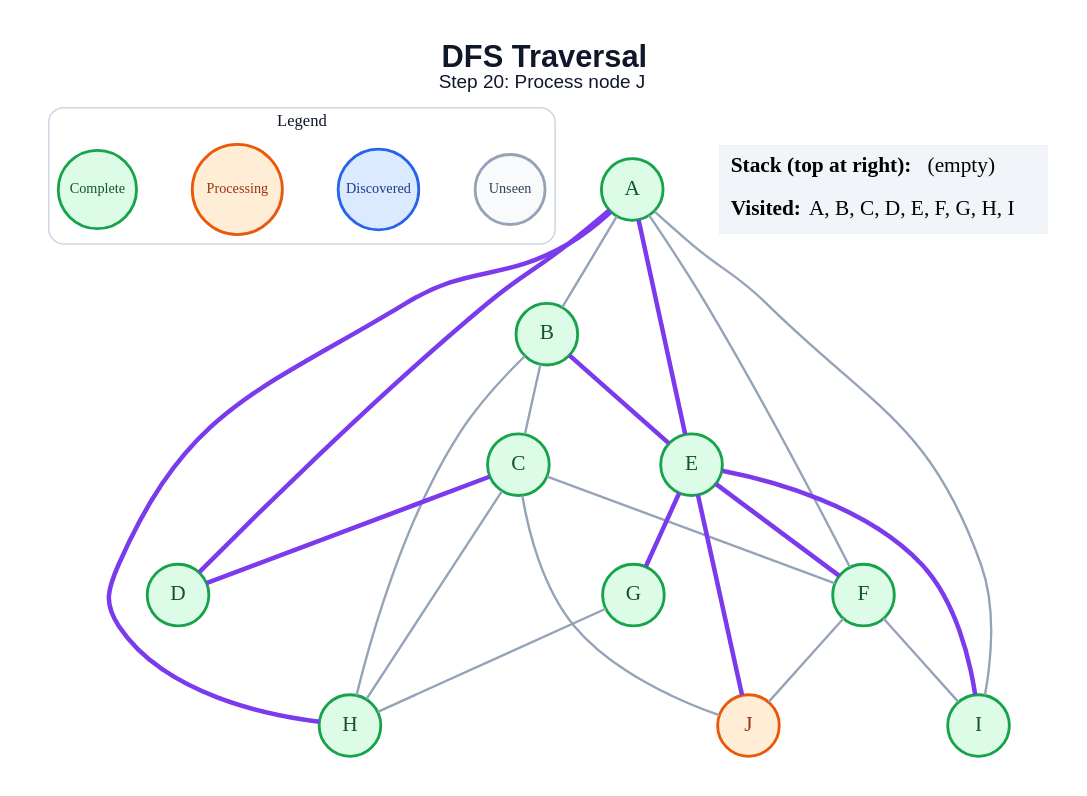
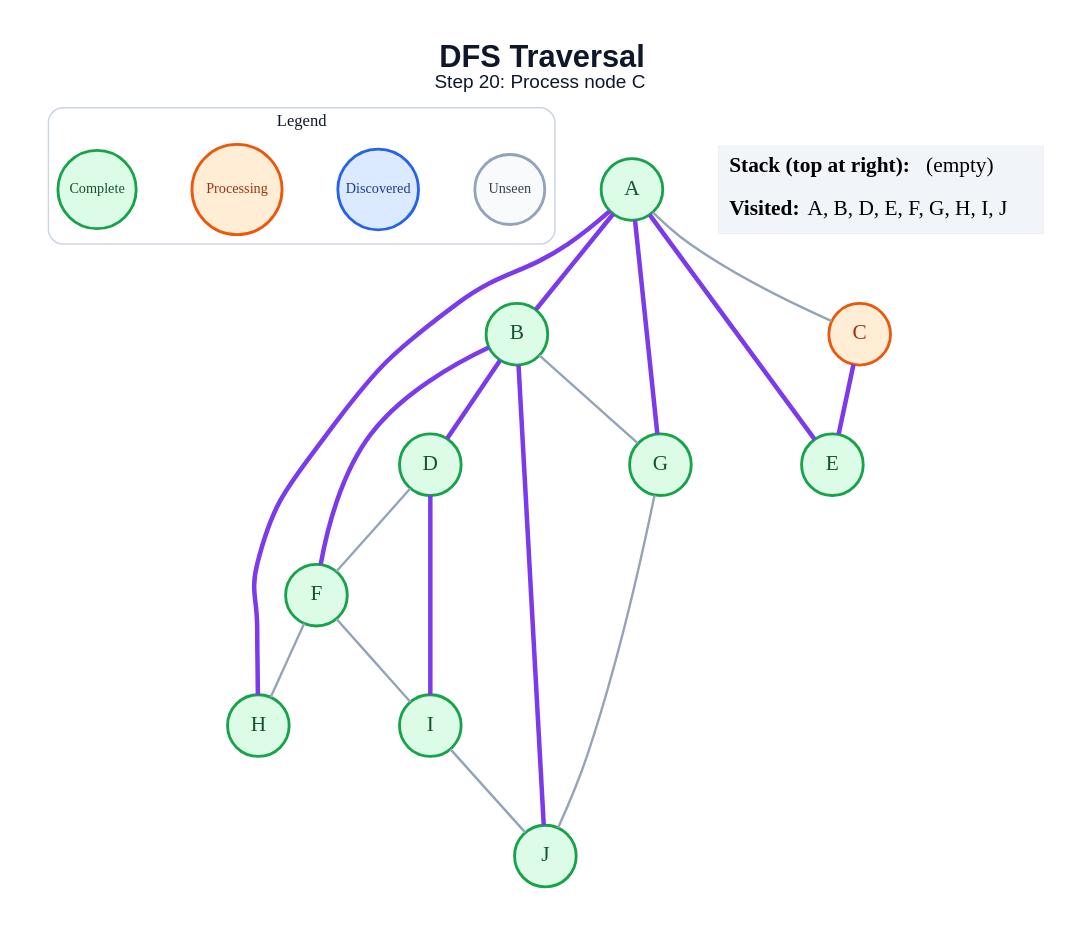
Before and after one commit to amanghodawala9/ai-slop: the diagram in generated/specific-node/dfs/step_20.dot, drawn with Graphviz. The commit also changed 178 other files, not shown here.

```diff
--- a/generated/specific-node/dfs/step_20.dot
+++ b/generated/specific-node/dfs/step_20.dot
@@ -1,49 +1,45 @@
 graph traversal {
   graph [layout=dot, rankdir=TB, bgcolor="#FFFFFF", pad="0.35", nodesep="0.65", ranksep="0.8", fontname="Arial"];
   node [shape=circle, style="filled", fontname="Arial Bold", fontsize=18, width=0.72, fixedsize=true, penwidth=2.4];
   edge [color="#94A3B8", penwidth=2.0];
-  label=<<B>DFS Traversal</B><BR/><FONT POINT-SIZE="16">Step 20: Process node J</FONT>>; labelloc="t"; fontsize=26; fontname="Arial"; fontcolor="#0F172A";
+  label=<<B>DFS Traversal</B><BR/><FONT POINT-SIZE="16">Step 20: Process node C</FONT>>; labelloc="t"; fontsize=26; fontname="Arial"; fontcolor="#0F172A";
   subgraph cluster_legend { label="Legend"; color="#CBD5E1"; penwidth=1.2; style="rounded"; fontsize=14; fontname="Arial Bold";
     key_unseen [label="Unseen", fillcolor="#F8FAFC", color="#94A3B8", fontcolor="#334155", fontsize=12, width=0.82];
     key_frontier [label="Discovered", fillcolor="#DBEAFE", color="#2563EB", fontcolor="#1E3A8A", fontsize=12, width=0.95];
     key_current [label="Processing", fillcolor="#FFEDD5", color="#EA580C", fontcolor="#9A3412", fontsize=12, width=1.05];
     key_done [label="Complete", fillcolor="#DCFCE7", color="#16A34A", fontcolor="#14532D", fontsize=12, width=0.92];
     { rank=same; key_unseen; key_frontier; key_current; key_done; }
   }
   A [fillcolor="#DCFCE7", color="#16A34A", fontcolor="#14532D"];
   B [fillcolor="#DCFCE7", color="#16A34A", fontcolor="#14532D"];
-  C [fillcolor="#DCFCE7", color="#16A34A", fontcolor="#14532D"];
+  C [fillcolor="#FFEDD5", color="#EA580C", fontcolor="#9A3412"];
   D [fillcolor="#DCFCE7", color="#16A34A", fontcolor="#14532D"];
   E [fillcolor="#DCFCE7", color="#16A34A", fontcolor="#14532D"];
   F [fillcolor="#DCFCE7", color="#16A34A", fontcolor="#14532D"];
   G [fillcolor="#DCFCE7", color="#16A34A", fontcolor="#14532D"];
   H [fillcolor="#DCFCE7", color="#16A34A", fontcolor="#14532D"];
   I [fillcolor="#DCFCE7", color="#16A34A", fontcolor="#14532D"];
-  J [fillcolor="#FFEDD5", color="#EA580C", fontcolor="#9A3412"];
-  A -- B;
-  A -- D [color="#7C3AED", penwidth=3.8];
+  J [fillcolor="#DCFCE7", color="#16A34A", fontcolor="#14532D"];
+  A -- B [color="#7C3AED", penwidth=3.8];
+  A -- C;
   A -- E [color="#7C3AED", penwidth=3.8];
-  A -- F;
+  A -- G [color="#7C3AED", penwidth=3.8];
   A -- H [color="#7C3AED", penwidth=3.8];
-  A -- I;
-  B -- C;
-  B -- E [color="#7C3AED", penwidth=3.8];
-  B -- H;
-  C -- D [color="#7C3AED", penwidth=3.8];
-  C -- F;
-  C -- H;
-  C -- J;
-  E -- F [color="#7C3AED", penwidth=3.8];
-  E -- G [color="#7C3AED", penwidth=3.8];
-  E -- I [color="#7C3AED", penwidth=3.8];
-  E -- J [color="#7C3AED", penwidth=3.8];
+  B -- D [color="#7C3AED", penwidth=3.8];
+  B -- F [color="#7C3AED", penwidth=3.8];
+  B -- G;
+  B -- J [color="#7C3AED", penwidth=3.8];
+  C -- E [color="#7C3AED", penwidth=3.8];
+  D -- F;
+  D -- I [color="#7C3AED", penwidth=3.8];
+  F -- H;
   F -- I;
-  F -- J;
-  G -- H;
+  G -- J;
+  I -- J;
   status [shape=plain, fixedsize=false, width=0, height=0, margin=0, label=<
     <TABLE BORDER="0" CELLBORDER="0" CELLPADDING="7" BGCOLOR="#F1F5F9">
       <TR><TD ALIGN="LEFT"><B>Stack (top at right):</B> (empty)</TD></TR>
-      <TR><TD ALIGN="LEFT"><B>Visited:</B> A, B, C, D, E, F, G, H, I</TD></TR>
+      <TR><TD ALIGN="LEFT"><B>Visited:</B> A, B, D, E, F, G, H, I, J</TD></TR>
     </TABLE>
   >];
 }
```
